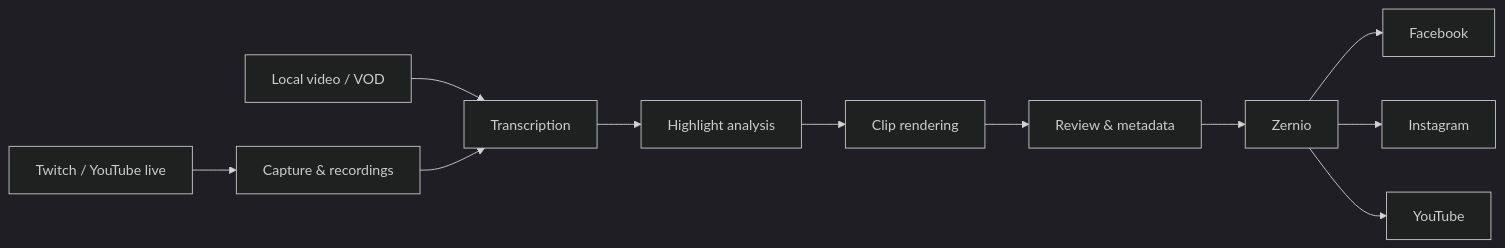
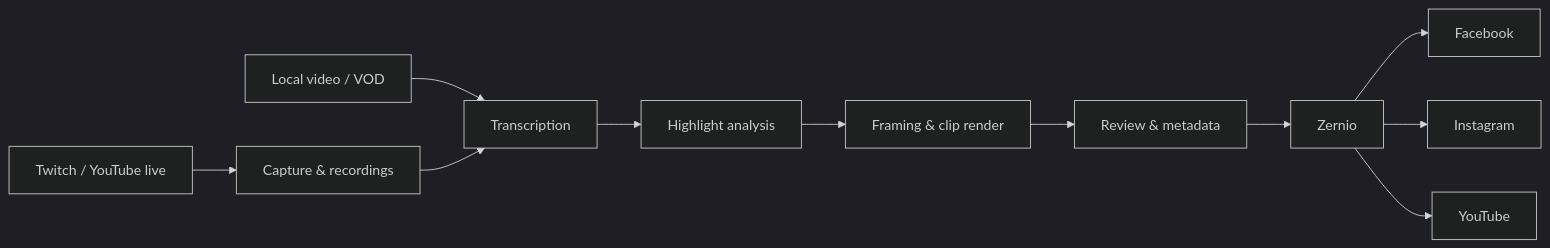
One commit to sifat-jaman-13/stream-clip-ai changed the diagram in README.md. Above: the diagram before and after it, drawn with Mermaid (dark theme). The commit also changed other lines of this file and 15 other files, not shown here.

````diff
--- a/README.md
+++ b/README.md
@@ -29,13 +31,13 @@
-```mermaid
+~~~mermaid
 flowchart LR
     A["Twitch / YouTube live"] --> C["Capture & recordings"]
     B["Local video / VOD"] --> D["Transcription"]
     C --> D
     D --> E["Highlight analysis"]
-    E --> F["Clip rendering"]
+    E --> F["Framing & clip render"]
     F --> G["Review & metadata"]
     G --> H["Zernio"]
     H --> I["Facebook"]
     H --> J["Instagram"]
     H --> K["YouTube"]
-```
+~~~
````
